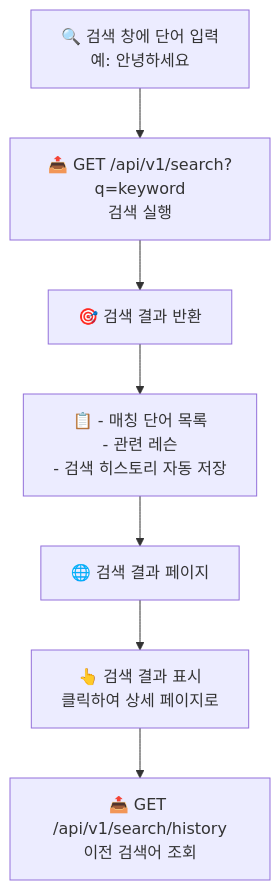
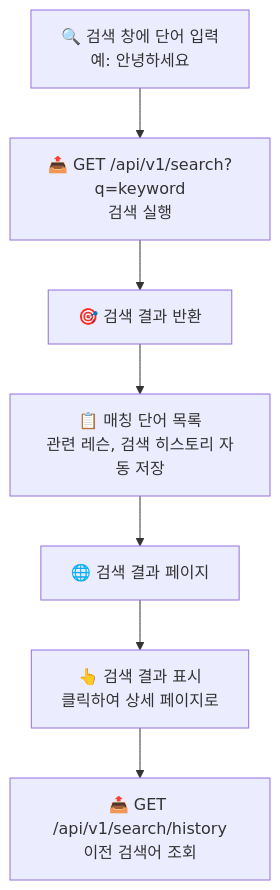
One commit to hamonia777/Real-time-sign-language-translation-service-Backend changed the eighth of 15 diagrams in doc/USER_FLOW.md. Above: the diagram before and after it, drawn with Mermaid. The commit also changed other lines of this file, not shown here.

Commit message:
FIX : mermaid 코드 에러 수정

````diff
--- a/doc/USER_FLOW.md
+++ b/doc/USER_FLOW.md
@@ -189,9 +202,9 @@
 ```mermaid
 graph TD
     A["🔍 검색 창에 단어 입력<br/>예: 안녕하세요"] --> B["📤 GET /api/v1/search?q=keyword<br/>검색 실행"]
     B --> C["🎯 검색 결과 반환"]
-    C --> D["📋 - 매칭 단어 목록<br/>- 관련 레슨<br/>- 검색 히스토리 자동 저장"]
+    C --> D["📋 매칭 단어 목록<br/>관련 레슨, 검색 히스토리 자동 저장"]
     D --> E["🌐 검색 결과 페이지"]
     E --> F["👆 검색 결과 표시<br/>클릭하여 상세 페이지로"]
     F --> G["📤 GET /api/v1/search/history<br/>이전 검색어 조회"]
 ```
````
